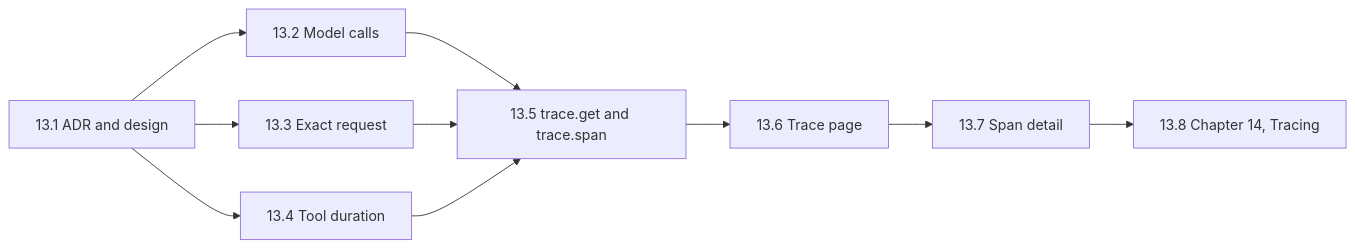
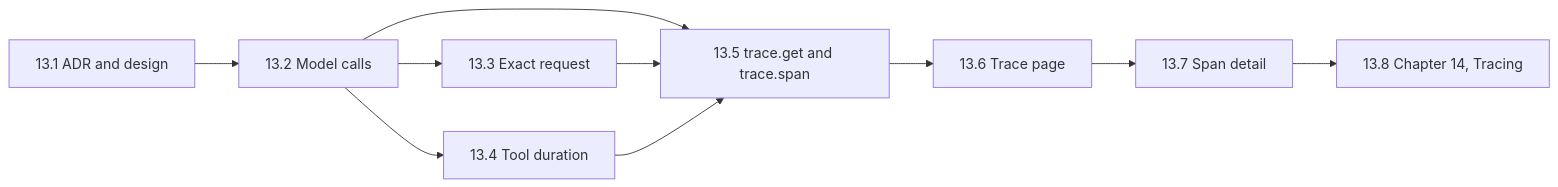
The sixth of 8 diagrams in docs/plan.md (MilanPavel/golem), drawn with Mermaid before and after one commit. The commit also changed other lines of this file and 4 other files, not shown here.

````diff
--- a/docs/plan.md
+++ b/docs/plan.md
@@ -626,7 +626,7 @@
 ```mermaid
 flowchart LR
   s1[13.1 ADR and design] --> s2[13.2 Model calls]
-  s1 --> s3[13.3 Exact request]
-  s1 --> s4[13.4 Tool duration]
+  s2 --> s3[13.3 Exact request]
+  s2 --> s4[13.4 Tool duration]
   s2 & s3 & s4 --> s5[13.5 trace.get and trace.span] --> s6[13.6 Trace page] --> s7[13.7 Span detail] --> s8[13.8 Chapter 14, Tracing]
 ```
````
